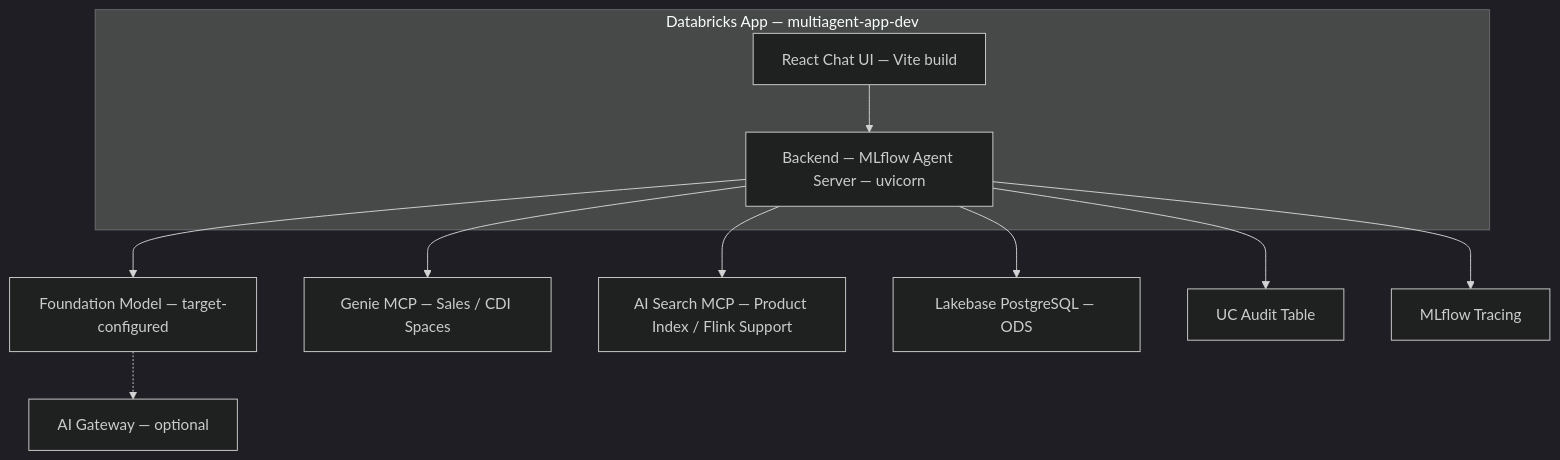
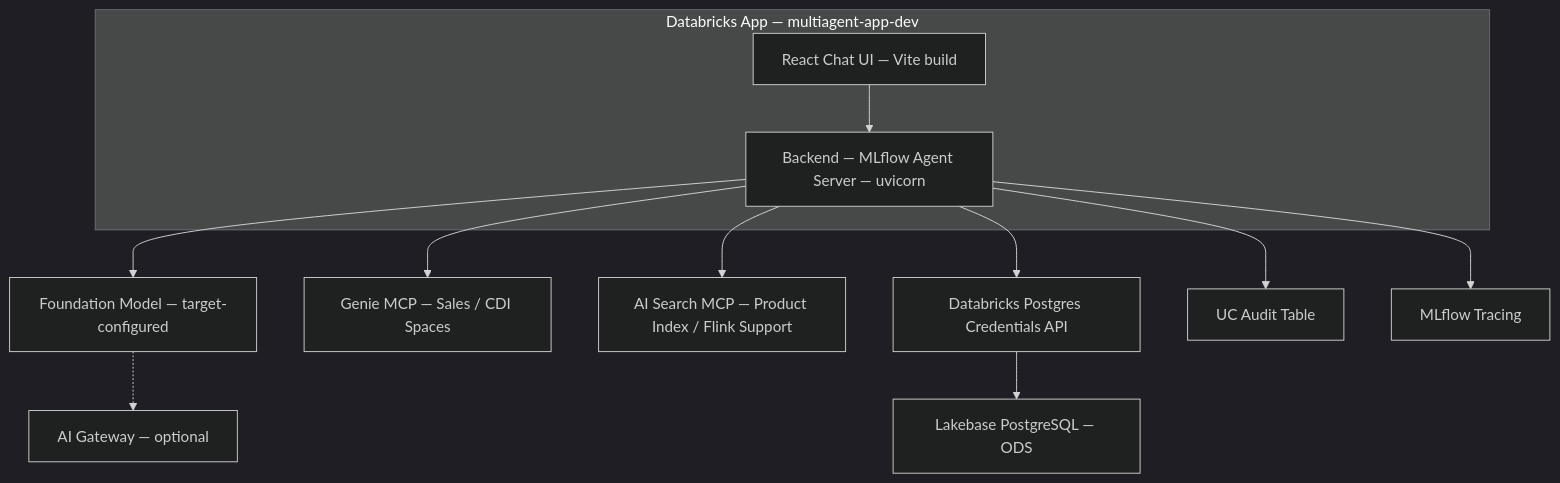
Before and after one commit to wchen-dea/Governed-Multi-Agent-Intelligence-on-Databricks: diagram 13 of 15 in docs/architecture/design-artifacts/00-architecture-board-review.md, drawn with Mermaid (dark theme). The commit also changed other lines of this file and 4 other files, not shown here.

````diff
--- a/docs/architecture/design-artifacts/00-architecture-board-review.md
+++ b/docs/architecture/design-artifacts/00-architecture-board-review.md
@@ -298,16 +299,17 @@
 ```mermaid
 flowchart TB
     subgraph DatabricksApp[Databricks App — multiagent-app-dev]
         FE[React Chat UI — Vite build]
         BE[Backend — MLflow Agent Server — uvicorn]
     end
 
     FE --> BE
     BE --> FM[Foundation Model — target-configured]
     FM -.-> AIGW[AI Gateway — optional]
     BE --> GENIE[Genie MCP — Sales / CDI Spaces]
     BE --> AIS[AI Search MCP — Product Index / Flink Support]
-    BE --> LB[Lakebase PostgreSQL — ODS]
+    BE --> PGCRED[Databricks Postgres Credentials API]
+    PGCRED --> LB[Lakebase PostgreSQL — ODS]
     BE --> AUD[UC Audit Table]
     BE --> OBS[MLflow Tracing]
 ```
````
